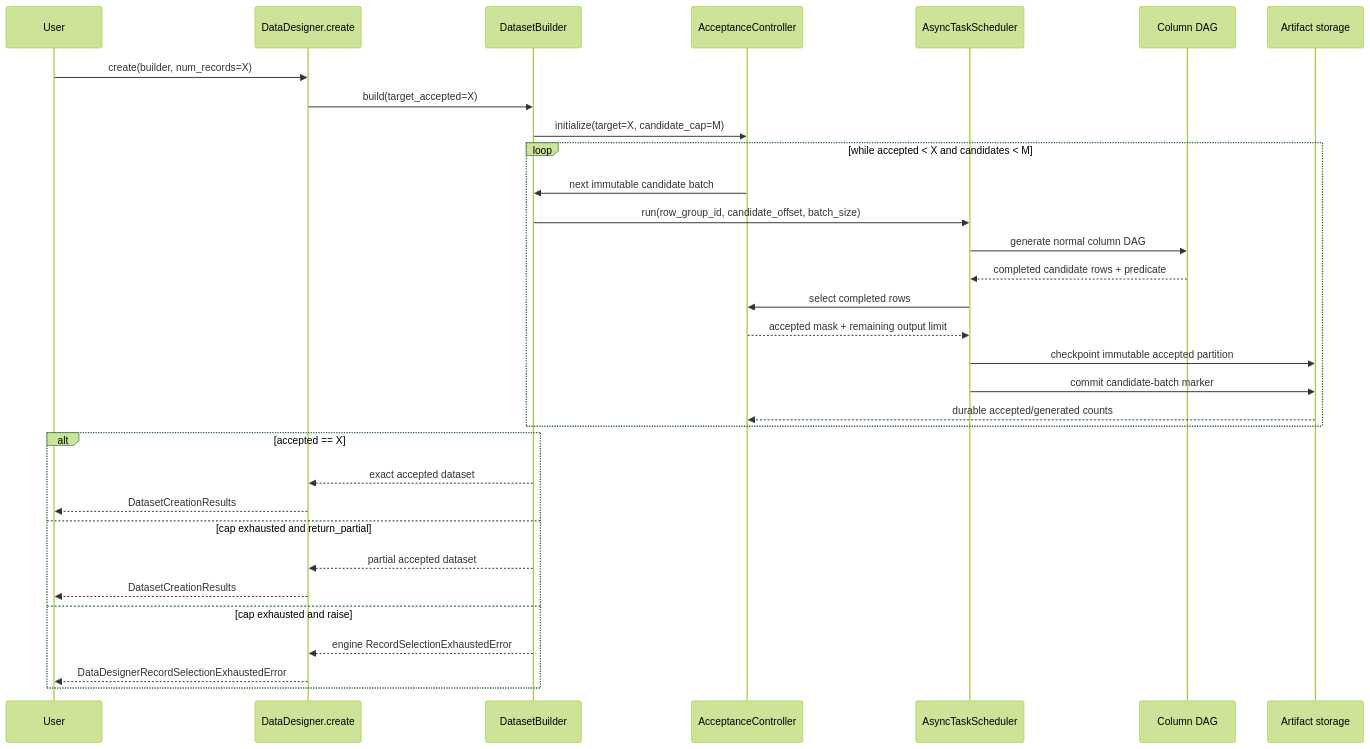
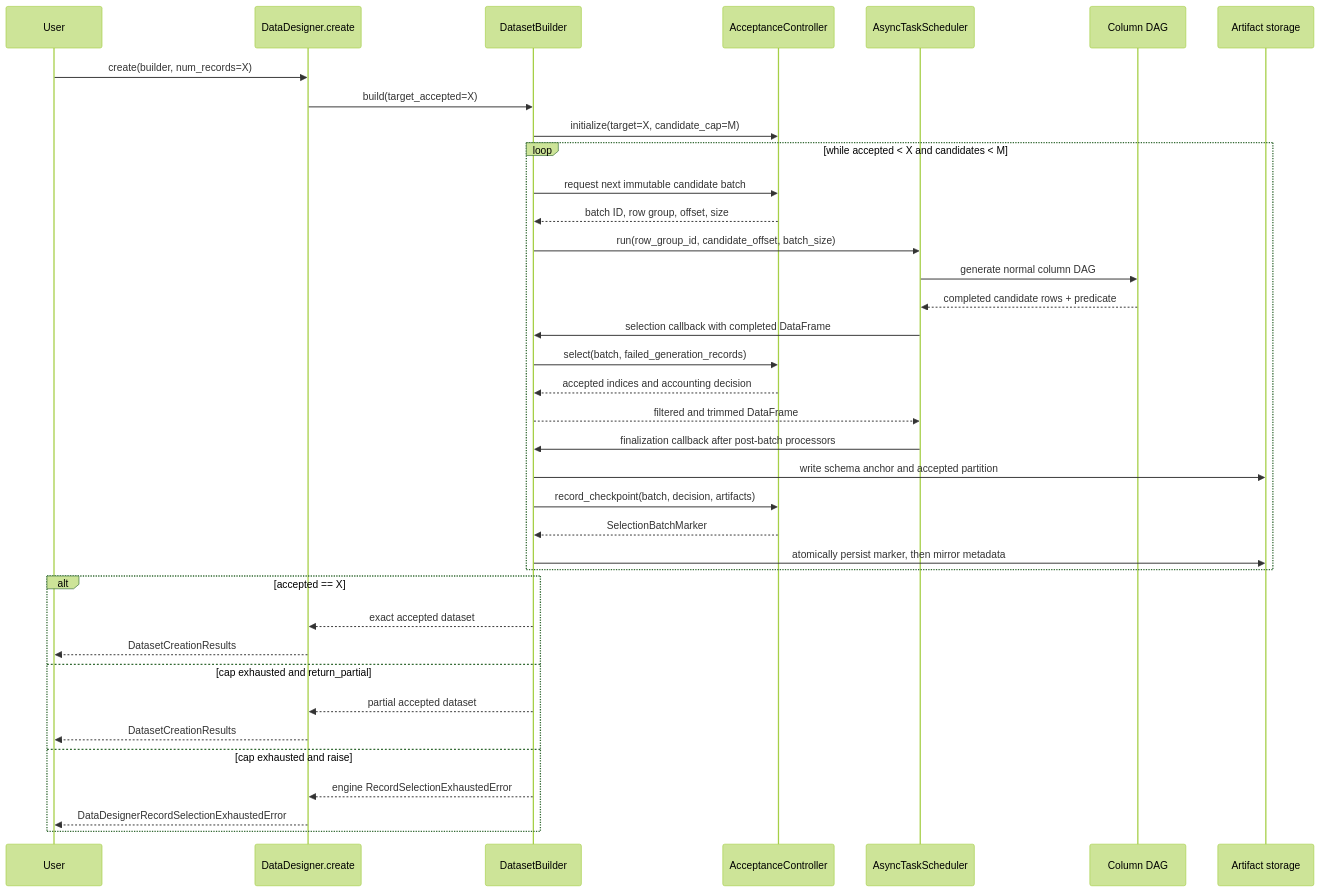
The second of 7 diagrams in plans/790/engine-native-record-selection.md (NVIDIA-NeMo/DataDesigner), drawn with Mermaid (forest theme) before and after one commit. The commit also changed other lines of this file, not shown here.

First line of the commit message:
align record selection plan with runtime

````diff
--- a/plans/790/engine-native-record-selection.md
+++ b/plans/790/engine-native-record-selection.md
@@ -301,37 +304,42 @@
 ```mermaid
 sequenceDiagram
     participant U as User
     participant I as DataDesigner.create
     participant B as DatasetBuilder
     participant A as AcceptanceController
     participant S as AsyncTaskScheduler
     participant G as Column DAG
     participant P as Artifact storage
 
     U->>I: create(builder, num_records=X)
     I->>B: build(target_accepted=X)
     B->>A: initialize(target=X, candidate_cap=M)
 
     loop while accepted < X and candidates < M
-        A->>B: next immutable candidate batch
+        B->>A: request next immutable candidate batch
+        A-->>B: batch ID, row group, offset, size
         B->>S: run(row_group_id, candidate_offset, batch_size)
         S->>G: generate normal column DAG
         G-->>S: completed candidate rows + predicate
-        S->>A: select completed rows
-        A-->>S: accepted mask + remaining output limit
-        S->>P: checkpoint immutable accepted partition
-        S->>P: commit candidate-batch marker
-        P-->>A: durable accepted/generated counts
+        S->>B: selection callback with completed DataFrame
+        B->>A: select(batch, failed_generation_records)
+        A-->>B: accepted indices and accounting decision
+        B-->>S: filtered and trimmed DataFrame
+        S->>B: finalization callback after post-batch processors
+        B->>P: write schema anchor and accepted partition
+        B->>A: record_checkpoint(batch, decision, artifacts)
+        A-->>B: SelectionBatchMarker
+        B->>P: atomically persist marker, then mirror metadata
     end
 
     alt accepted == X
         B-->>I: exact accepted dataset
         I-->>U: DatasetCreationResults
     else cap exhausted and return_partial
         B-->>I: partial accepted dataset
         I-->>U: DatasetCreationResults
     else cap exhausted and raise
         B-->>I: engine RecordSelectionExhaustedError
         I-->>U: DataDesignerRecordSelectionExhaustedError
     end
 ```
````
